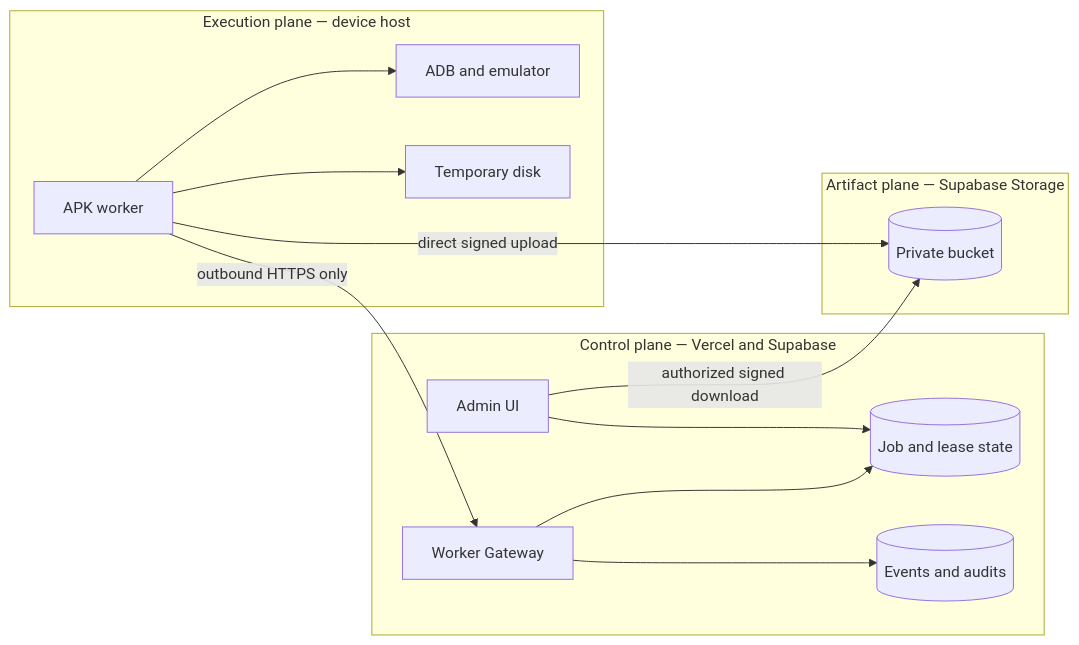
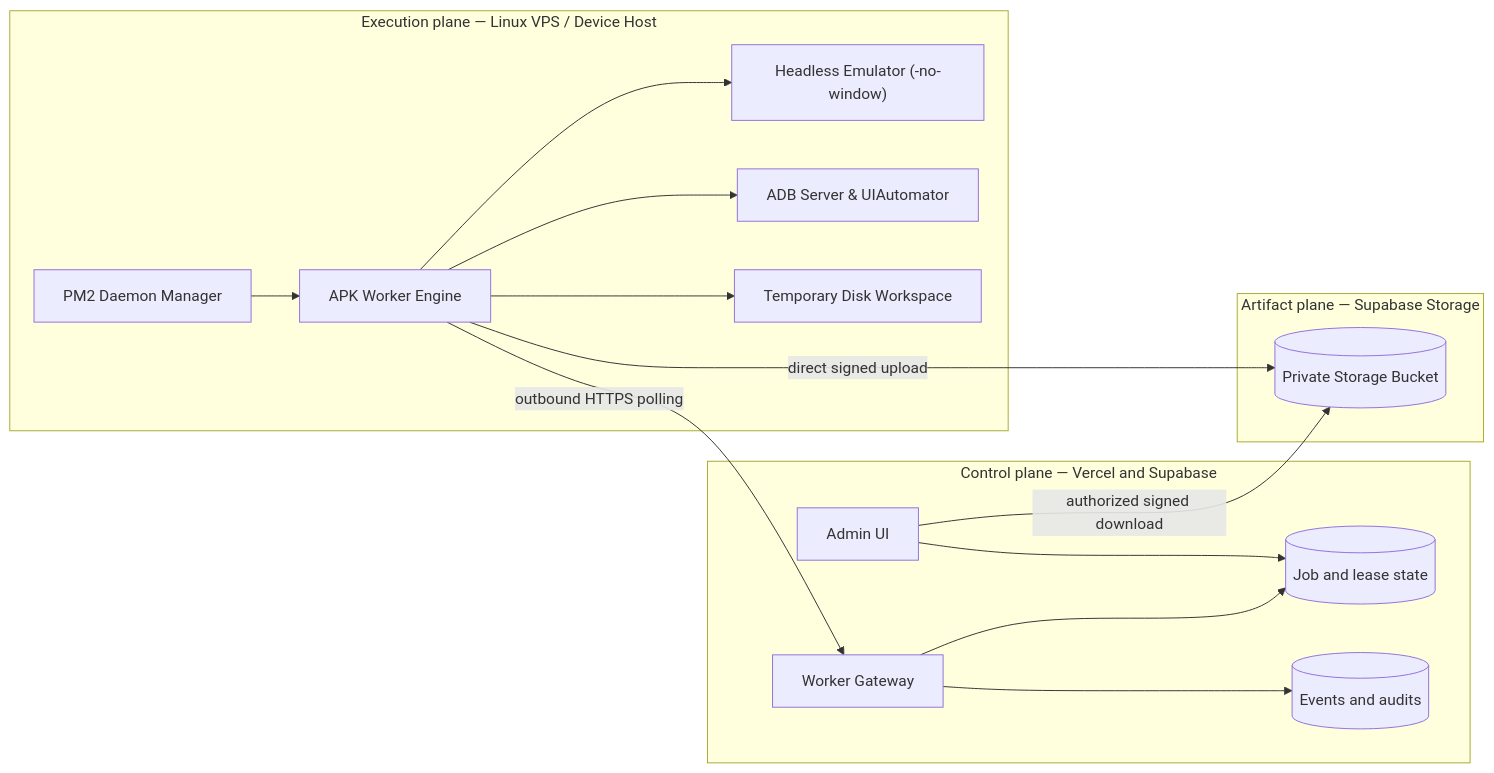
Before and after one commit to daclong120-del/app-relay: the second of 15 diagrams in docs/08-operations-and-evolution/as-is/ARCHITECTURE_APP_REPLAY_V1.md, drawn with Mermaid. The commit also changed other lines of this file and 6 other files, not shown here.

Commit message:
feat: implement AppRelay worker configuration and architectural documentation

````diff
--- a/docs/08-operations-and-evolution/as-is/ARCHITECTURE_APP_REPLAY_V1.md
+++ b/docs/08-operations-and-evolution/as-is/ARCHITECTURE_APP_REPLAY_V1.md
@@ -339,28 +374,33 @@
 ```mermaid
 flowchart LR
     subgraph Control["Control plane — Vercel and Supabase"]
         UI["Admin UI"]
         API["Worker Gateway"]
         Queue[("Job and lease state")]
         Events[("Events and audits")]
         UI --> Queue
         API --> Queue
         API --> Events
     end
 
-    subgraph Execution["Execution plane — device host"]
-        Worker["APK worker"]
-        ADB["ADB and emulator"]
-        Local["Temporary disk"]
+    subgraph Execution["Execution plane — Linux VPS / Device Host"]
+        PM2Daemon["PM2 Daemon Manager"]
+        Worker["APK Worker Engine"]
+        HeadlessEmu["Headless Emulator (-no-window)"]
+        ADB["ADB Server & UIAutomator"]
+        Local["Temporary Disk Workspace"]
+
+        PM2Daemon --> Worker
+        Worker --> HeadlessEmu
         Worker --> ADB
         Worker --> Local
     end
 
     subgraph ArtifactPlane["Artifact plane — Supabase Storage"]
-        Bucket[("Private bucket")]
+        Bucket[("Private Storage Bucket")]
     end
 
-    Worker -->|"outbound HTTPS only"| API
+    Worker -->|"outbound HTTPS polling"| API
     Worker -->|"direct signed upload"| Bucket
     UI -->|"authorized signed download"| Bucket
 ```
````
